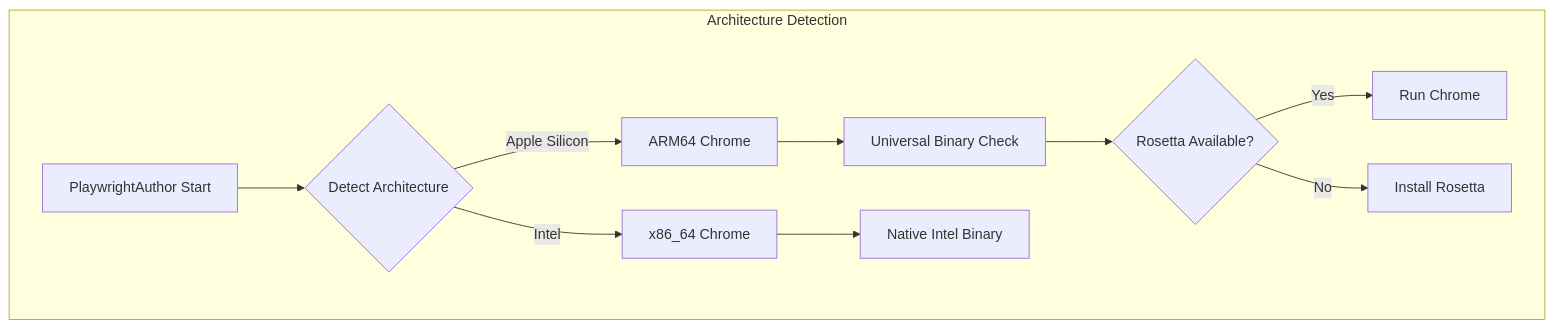
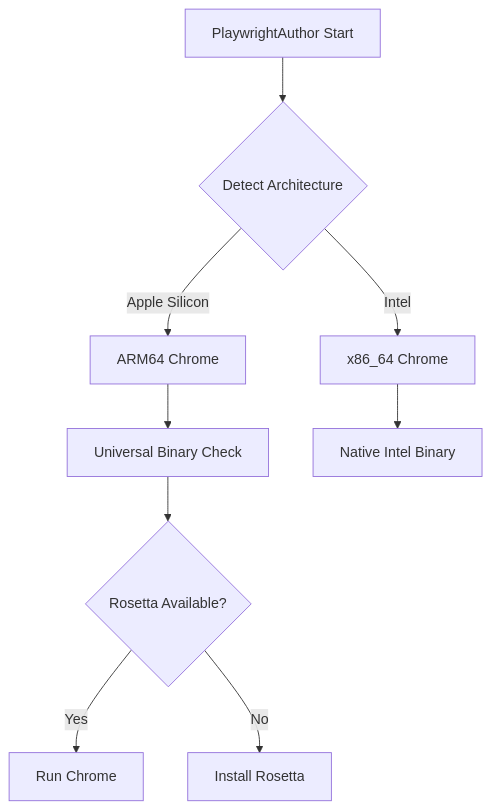
The diagram in docs/platforms/macos.md (twardoch/playwrightauthor), drawn with Mermaid before and after one commit. The commit also changed other lines of this file and 34 other files, not shown here.

````diff
--- a/docs/platforms/macos.md
+++ b/docs/platforms/macos.md
@@ -19,15 +19,13 @@
 ```mermaid
 graph TD
-    subgraph "Architecture Detection"
-        Start[PlaywrightAuthor Start] --> Detect{Detect Architecture}
-        Detect -->|Apple Silicon| ARM[ARM64 Chrome]
-        Detect -->|Intel| X86[x86_64 Chrome]
-        
-        ARM --> Universal[Universal Binary Check]
-        X86 --> Native[Native Intel Binary]
-        
-        Universal --> Rosetta{Rosetta Available?}
-        Rosetta -->|Yes| Run[Run Chrome]
-        Rosetta -->|No| Install[Install Rosetta]
-    end
+    Start[PlaywrightAuthor Start] --> Detect{Detect Architecture}
+    Detect -->|Apple Silicon| ARM[ARM64 Chrome]
+    Detect -->|Intel| X86[x86_64 Chrome]
+    
+    ARM --> Universal[Universal Binary Check]
+    X86 --> Native[Native Intel Binary]
+    
+    Universal --> Rosetta{Rosetta Available?}
+    Rosetta -->|Yes| Run[Run Chrome]
+    Rosetta -->|No| Install[Install Rosetta]
 ```
````
